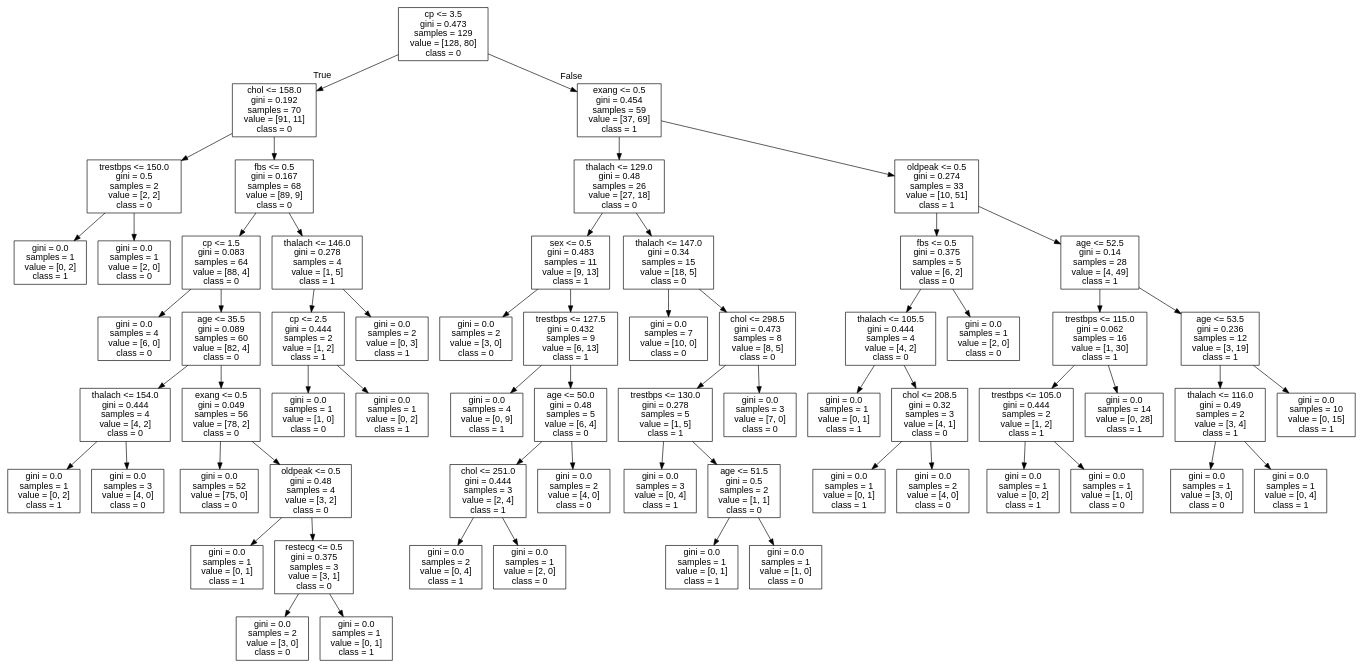
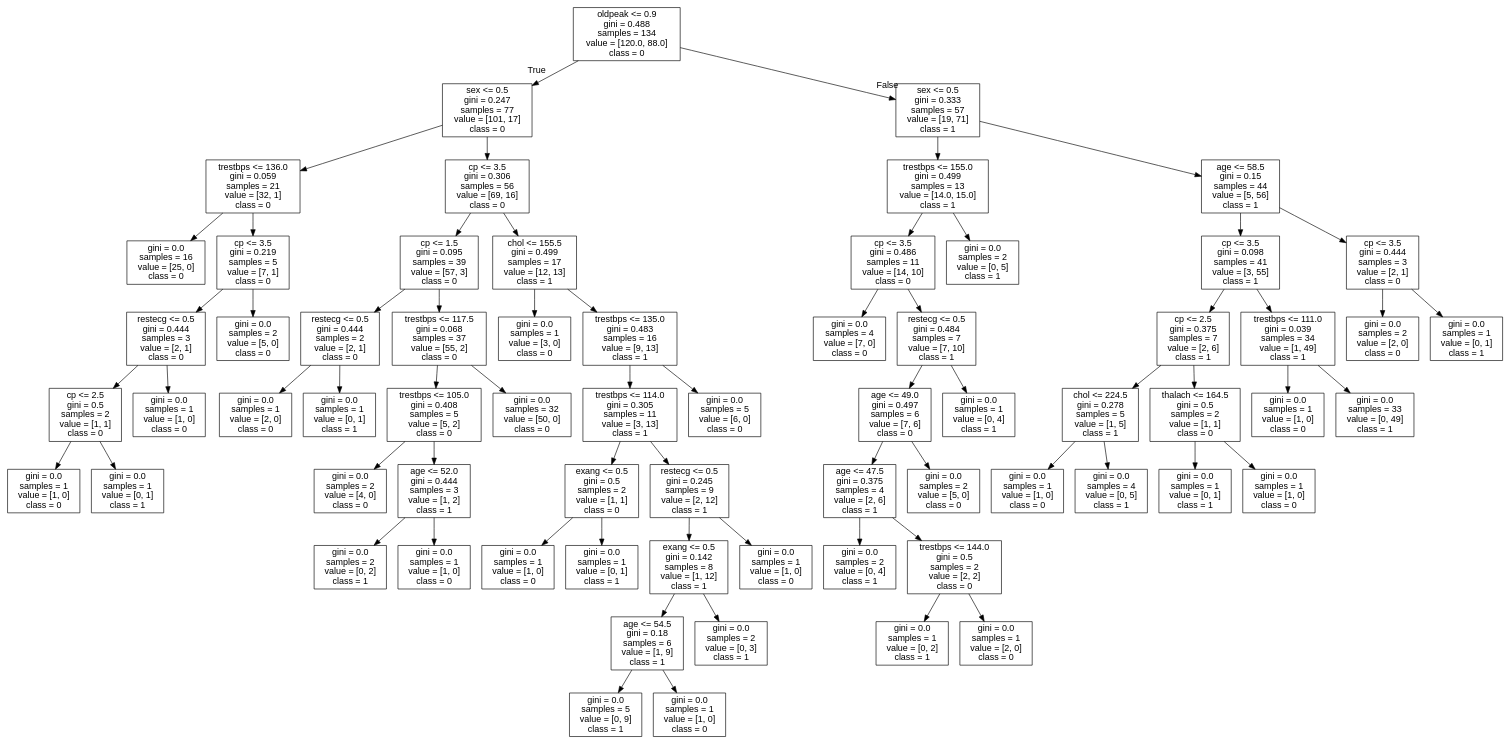
One commit to cyrilvincent/ML changed the diagram in data/heartdisease/tree.dot. Above: the diagram before and after it, drawn with Graphviz. The commit also changed 6 other files, not shown here.

```diff
--- a/data/heartdisease/tree.dot
+++ b/data/heartdisease/tree.dot
@@ -1,129 +1,137 @@
 digraph Tree {
 node [shape=box, fontname="helvetica"] ;
 edge [fontname="helvetica"] ;
-0 [label="cp <= 3.5\ngini = 0.473\nsamples = 129\nvalue = [128, 80]\nclass = 0"] ;
-1 [label="chol <= 158.0\ngini = 0.192\nsamples = 70\nvalue = [91, 11]\nclass = 0"] ;
+0 [label="oldpeak <= 0.9\ngini = 0.488\nsamples = 134\nvalue = [120.0, 88.0]\nclass = 0"] ;
+1 [label="sex <= 0.5\ngini = 0.247\nsamples = 77\nvalue = [101, 17]\nclass = 0"] ;
 0 -> 1 [labeldistance=2.5, labelangle=45, headlabel="True"] ;
-2 [label="trestbps <= 150.0\ngini = 0.5\nsamples = 2\nvalue = [2, 2]\nclass = 0"] ;
+2 [label="trestbps <= 136.0\ngini = 0.059\nsamples = 21\nvalue = [32, 1]\nclass = 0"] ;
 1 -> 2 ;
-3 [label="gini = 0.0\nsamples = 1\nvalue = [0, 2]\nclass = 1"] ;
+3 [label="gini = 0.0\nsamples = 16\nvalue = [25, 0]\nclass = 0"] ;
 2 -> 3 ;
-4 [label="gini = 0.0\nsamples = 1\nvalue = [2, 0]\nclass = 0"] ;
+4 [label="cp <= 3.5\ngini = 0.219\nsamples = 5\nvalue = [7, 1]\nclass = 0"] ;
 2 -> 4 ;
-5 [label="fbs <= 0.5\ngini = 0.167\nsamples = 68\nvalue = [89, 9]\nclass = 0"] ;
-1 -> 5 ;
-6 [label="cp <= 1.5\ngini = 0.083\nsamples = 64\nvalue = [88, 4]\nclass = 0"] ;
+5 [label="restecg <= 0.5\ngini = 0.444\nsamples = 3\nvalue = [2, 1]\nclass = 0"] ;
+4 -> 5 ;
+6 [label="cp <= 2.5\ngini = 0.5\nsamples = 2\nvalue = [1, 1]\nclass = 0"] ;
 5 -> 6 ;
-7 [label="gini = 0.0\nsamples = 4\nvalue = [6, 0]\nclass = 0"] ;
+7 [label="gini = 0.0\nsamples = 1\nvalue = [1, 0]\nclass = 0"] ;
 6 -> 7 ;
-8 [label="age <= 35.5\ngini = 0.089\nsamples = 60\nvalue = [82, 4]\nclass = 0"] ;
+8 [label="gini = 0.0\nsamples = 1\nvalue = [0, 1]\nclass = 1"] ;
 6 -> 8 ;
-9 [label="thalach <= 154.0\ngini = 0.444\nsamples = 4\nvalue = [4, 2]\nclass = 0"] ;
-8 -> 9 ;
-10 [label="gini = 0.0\nsamples = 1\nvalue = [0, 2]\nclass = 1"] ;
-9 -> 10 ;
-11 [label="gini = 0.0\nsamples = 3\nvalue = [4, 0]\nclass = 0"] ;
-9 -> 11 ;
-12 [label="exang <= 0.5\ngini = 0.049\nsamples = 56\nvalue = [78, 2]\nclass = 0"] ;
-8 -> 12 ;
-13 [label="gini = 0.0\nsamples = 52\nvalue = [75, 0]\nclass = 0"] ;
+9 [label="gini = 0.0\nsamples = 1\nvalue = [1, 0]\nclass = 0"] ;
+5 -> 9 ;
+10 [label="gini = 0.0\nsamples = 2\nvalue = [5, 0]\nclass = 0"] ;
+4 -> 10 ;
+11 [label="cp <= 3.5\ngini = 0.306\nsamples = 56\nvalue = [69, 16]\nclass = 0"] ;
+1 -> 11 ;
+12 [label="cp <= 1.5\ngini = 0.095\nsamples = 39\nvalue = [57, 3]\nclass = 0"] ;
+11 -> 12 ;
+13 [label="restecg <= 0.5\ngini = 0.444\nsamples = 2\nvalue = [2, 1]\nclass = 0"] ;
 12 -> 13 ;
-14 [label="oldpeak <= 0.5\ngini = 0.48\nsamples = 4\nvalue = [3, 2]\nclass = 0"] ;
-12 -> 14 ;
+14 [label="gini = 0.0\nsamples = 1\nvalue = [2, 0]\nclass = 0"] ;
+13 -> 14 ;
 15 [label="gini = 0.0\nsamples = 1\nvalue = [0, 1]\nclass = 1"] ;
-14 -> 15 ;
-16 [label="restecg <= 0.5\ngini = 0.375\nsamples = 3\nvalue = [3, 1]\nclass = 0"] ;
-14 -> 16 ;
-17 [label="gini = 0.0\nsamples = 2\nvalue = [3, 0]\nclass = 0"] ;
+13 -> 15 ;
+16 [label="trestbps <= 117.5\ngini = 0.068\nsamples = 37\nvalue = [55, 2]\nclass = 0"] ;
+12 -> 16 ;
+17 [label="trestbps <= 105.0\ngini = 0.408\nsamples = 5\nvalue = [5, 2]\nclass = 0"] ;
 16 -> 17 ;
-18 [label="gini = 0.0\nsamples = 1\nvalue = [0, 1]\nclass = 1"] ;
-16 -> 18 ;
-19 [label="thalach <= 146.0\ngini = 0.278\nsamples = 4\nvalue = [1, 5]\nclass = 1"] ;
-5 -> 19 ;
-20 [label="cp <= 2.5\ngini = 0.444\nsamples = 2\nvalue = [1, 2]\nclass = 1"] ;
+18 [label="gini = 0.0\nsamples = 2\nvalue = [4, 0]\nclass = 0"] ;
+17 -> 18 ;
+19 [label="age <= 52.0\ngini = 0.444\nsamples = 3\nvalue = [1, 2]\nclass = 1"] ;
+17 -> 19 ;
+20 [label="gini = 0.0\nsamples = 2\nvalue = [0, 2]\nclass = 1"] ;
 19 -> 20 ;
 21 [label="gini = 0.0\nsamples = 1\nvalue = [1, 0]\nclass = 0"] ;
-20 -> 21 ;
-22 [label="gini = 0.0\nsamples = 1\nvalue = [0, 2]\nclass = 1"] ;
-20 -> 22 ;
-23 [label="gini = 0.0\nsamples = 2\nvalue = [0, 3]\nclass = 1"] ;
-19 -> 23 ;
-24 [label="exang <= 0.5\ngini = 0.454\nsamples = 59\nvalue = [37, 69]\nclass = 1"] ;
-0 -> 24 [labeldistance=2.5, labelangle=-45, headlabel="False"] ;
-25 [label="thalach <= 129.0\ngini = 0.48\nsamples = 26\nvalue = [27, 18]\nclass = 0"] ;
-24 -> 25 ;
-26 [label="sex <= 0.5\ngini = 0.483\nsamples = 11\nvalue = [9, 13]\nclass = 1"] ;
+19 -> 21 ;
+22 [label="gini = 0.0\nsamples = 32\nvalue = [50, 0]\nclass = 0"] ;
+16 -> 22 ;
+23 [label="chol <= 155.5\ngini = 0.499\nsamples = 17\nvalue = [12, 13]\nclass = 1"] ;
+11 -> 23 ;
+24 [label="gini = 0.0\nsamples = 1\nvalue = [3, 0]\nclass = 0"] ;
+23 -> 24 ;
+25 [label="trestbps <= 135.0\ngini = 0.483\nsamples = 16\nvalue = [9, 13]\nclass = 1"] ;
+23 -> 25 ;
+26 [label="trestbps <= 114.0\ngini = 0.305\nsamples = 11\nvalue = [3, 13]\nclass = 1"] ;
 25 -> 26 ;
-27 [label="gini = 0.0\nsamples = 2\nvalue = [3, 0]\nclass = 0"] ;
+27 [label="exang <= 0.5\ngini = 0.5\nsamples = 2\nvalue = [1, 1]\nclass = 0"] ;
 26 -> 27 ;
-28 [label="trestbps <= 127.5\ngini = 0.432\nsamples = 9\nvalue = [6, 13]\nclass = 1"] ;
-26 -> 28 ;
-29 [label="gini = 0.0\nsamples = 4\nvalue = [0, 9]\nclass = 1"] ;
-28 -> 29 ;
-30 [label="age <= 50.0\ngini = 0.48\nsamples = 5\nvalue = [6, 4]\nclass = 0"] ;
-28 -> 30 ;
-31 [label="chol <= 251.0\ngini = 0.444\nsamples = 3\nvalue = [2, 4]\nclass = 1"] ;
+28 [label="gini = 0.0\nsamples = 1\nvalue = [1, 0]\nclass = 0"] ;
+27 -> 28 ;
+29 [label="gini = 0.0\nsamples = 1\nvalue = [0, 1]\nclass = 1"] ;
+27 -> 29 ;
+30 [label="restecg <= 0.5\ngini = 0.245\nsamples = 9\nvalue = [2, 12]\nclass = 1"] ;
+26 -> 30 ;
+31 [label="exang <= 0.5\ngini = 0.142\nsamples = 8\nvalue = [1, 12]\nclass = 1"] ;
 30 -> 31 ;
-32 [label="gini = 0.0\nsamples = 2\nvalue = [0, 4]\nclass = 1"] ;
+32 [label="age <= 54.5\ngini = 0.18\nsamples = 6\nvalue = [1, 9]\nclass = 1"] ;
 31 -> 32 ;
-33 [label="gini = 0.0\nsamples = 1\nvalue = [2, 0]\nclass = 0"] ;
-31 -> 33 ;
-34 [label="gini = 0.0\nsamples = 2\nvalue = [4, 0]\nclass = 0"] ;
-30 -> 34 ;
-35 [label="thalach <= 147.0\ngini = 0.34\nsamples = 15\nvalue = [18, 5]\nclass = 0"] ;
-25 -> 35 ;
-36 [label="gini = 0.0\nsamples = 7\nvalue = [10, 0]\nclass = 0"] ;
-35 -> 36 ;
-37 [label="chol <= 298.5\ngini = 0.473\nsamples = 8\nvalue = [8, 5]\nclass = 0"] ;
-35 -> 37 ;
-38 [label="trestbps <= 130.0\ngini = 0.278\nsamples = 5\nvalue = [1, 5]\nclass = 1"] ;
-37 -> 38 ;
-39 [label="gini = 0.0\nsamples = 3\nvalue = [0, 4]\nclass = 1"] ;
+33 [label="gini = 0.0\nsamples = 5\nvalue = [0, 9]\nclass = 1"] ;
+32 -> 33 ;
+34 [label="gini = 0.0\nsamples = 1\nvalue = [1, 0]\nclass = 0"] ;
+32 -> 34 ;
+35 [label="gini = 0.0\nsamples = 2\nvalue = [0, 3]\nclass = 1"] ;
+31 -> 35 ;
+36 [label="gini = 0.0\nsamples = 1\nvalue = [1, 0]\nclass = 0"] ;
+30 -> 36 ;
+37 [label="gini = 0.0\nsamples = 5\nvalue = [6, 0]\nclass = 0"] ;
+25 -> 37 ;
+38 [label="sex <= 0.5\ngini = 0.333\nsamples = 57\nvalue = [19, 71]\nclass = 1"] ;
+0 -> 38 [labeldistance=2.5, labelangle=-45, headlabel="False"] ;
+39 [label="trestbps <= 155.0\ngini = 0.499\nsamples = 13\nvalue = [14.0, 15.0]\nclass = 1"] ;
 38 -> 39 ;
-40 [label="age <= 51.5\ngini = 0.5\nsamples = 2\nvalue = [1, 1]\nclass = 0"] ;
-38 -> 40 ;
-41 [label="gini = 0.0\nsamples = 1\nvalue = [0, 1]\nclass = 1"] ;
+40 [label="cp <= 3.5\ngini = 0.486\nsamples = 11\nvalue = [14, 10]\nclass = 0"] ;
+39 -> 40 ;
+41 [label="gini = 0.0\nsamples = 4\nvalue = [7, 0]\nclass = 0"] ;
 40 -> 41 ;
-42 [label="gini = 0.0\nsamples = 1\nvalue = [1, 0]\nclass = 0"] ;
+42 [label="restecg <= 0.5\ngini = 0.484\nsamples = 7\nvalue = [7, 10]\nclass = 1"] ;
 40 -> 42 ;
-43 [label="gini = 0.0\nsamples = 3\nvalue = [7, 0]\nclass = 0"] ;
-37 -> 43 ;
-44 [label="oldpeak <= 0.5\ngini = 0.274\nsamples = 33\nvalue = [10, 51]\nclass = 1"] ;
-24 -> 44 ;
-45 [label="fbs <= 0.5\ngini = 0.375\nsamples = 5\nvalue = [6, 2]\nclass = 0"] ;
+43 [label="age <= 49.0\ngini = 0.497\nsamples = 6\nvalue = [7, 6]\nclass = 0"] ;
+42 -> 43 ;
+44 [label="age <= 47.5\ngini = 0.375\nsamples = 4\nvalue = [2, 6]\nclass = 1"] ;
+43 -> 44 ;
+45 [label="gini = 0.0\nsamples = 2\nvalue = [0, 4]\nclass = 1"] ;
 44 -> 45 ;
-46 [label="thalach <= 105.5\ngini = 0.444\nsamples = 4\nvalue = [4, 2]\nclass = 0"] ;
-45 -> 46 ;
-47 [label="gini = 0.0\nsamples = 1\nvalue = [0, 1]\nclass = 1"] ;
+46 [label="trestbps <= 144.0\ngini = 0.5\nsamples = 2\nvalue = [2, 2]\nclass = 0"] ;
+44 -> 46 ;
+47 [label="gini = 0.0\nsamples = 1\nvalue = [0, 2]\nclass = 1"] ;
 46 -> 47 ;
-48 [label="chol <= 208.5\ngini = 0.32\nsamples = 3\nvalue = [4, 1]\nclass = 0"] ;
+48 [label="gini = 0.0\nsamples = 1\nvalue = [2, 0]\nclass = 0"] ;
 46 -> 48 ;
-49 [label="gini = 0.0\nsamples = 1\nvalue = [0, 1]\nclass = 1"] ;
-48 -> 49 ;
-50 [label="gini = 0.0\nsamples = 2\nvalue = [4, 0]\nclass = 0"] ;
-48 -> 50 ;
-51 [label="gini = 0.0\nsamples = 1\nvalue = [2, 0]\nclass = 0"] ;
-45 -> 51 ;
-52 [label="age <= 52.5\ngini = 0.14\nsamples = 28\nvalue = [4, 49]\nclass = 1"] ;
-44 -> 52 ;
-53 [label="trestbps <= 115.0\ngini = 0.062\nsamples = 16\nvalue = [1, 30]\nclass = 1"] ;
+49 [label="gini = 0.0\nsamples = 2\nvalue = [5, 0]\nclass = 0"] ;
+43 -> 49 ;
+50 [label="gini = 0.0\nsamples = 1\nvalue = [0, 4]\nclass = 1"] ;
+42 -> 50 ;
+51 [label="gini = 0.0\nsamples = 2\nvalue = [0, 5]\nclass = 1"] ;
+39 -> 51 ;
+52 [label="age <= 58.5\ngini = 0.15\nsamples = 44\nvalue = [5, 56]\nclass = 1"] ;
+38 -> 52 ;
+53 [label="cp <= 3.5\ngini = 0.098\nsamples = 41\nvalue = [3, 55]\nclass = 1"] ;
 52 -> 53 ;
-54 [label="trestbps <= 105.0\ngini = 0.444\nsamples = 2\nvalue = [1, 2]\nclass = 1"] ;
+54 [label="cp <= 2.5\ngini = 0.375\nsamples = 7\nvalue = [2, 6]\nclass = 1"] ;
 53 -> 54 ;
-55 [label="gini = 0.0\nsamples = 1\nvalue = [0, 2]\nclass = 1"] ;
+55 [label="chol <= 224.5\ngini = 0.278\nsamples = 5\nvalue = [1, 5]\nclass = 1"] ;
 54 -> 55 ;
 56 [label="gini = 0.0\nsamples = 1\nvalue = [1, 0]\nclass = 0"] ;
-54 -> 56 ;
-57 [label="gini = 0.0\nsamples = 14\nvalue = [0, 28]\nclass = 1"] ;
-53 -> 57 ;
-58 [label="age <= 53.5\ngini = 0.236\nsamples = 12\nvalue = [3, 19]\nclass = 1"] ;
-52 -> 58 ;
-59 [label="thalach <= 116.0\ngini = 0.49\nsamples = 2\nvalue = [3, 4]\nclass = 1"] ;
+55 -> 56 ;
+57 [label="gini = 0.0\nsamples = 4\nvalue = [0, 5]\nclass = 1"] ;
+55 -> 57 ;
+58 [label="thalach <= 164.5\ngini = 0.5\nsamples = 2\nvalue = [1, 1]\nclass = 0"] ;
+54 -> 58 ;
+59 [label="gini = 0.0\nsamples = 1\nvalue = [0, 1]\nclass = 1"] ;
 58 -> 59 ;
-60 [label="gini = 0.0\nsamples = 1\nvalue = [3, 0]\nclass = 0"] ;
-59 -> 60 ;
-61 [label="gini = 0.0\nsamples = 1\nvalue = [0, 4]\nclass = 1"] ;
-59 -> 61 ;
-62 [label="gini = 0.0\nsamples = 10\nvalue = [0, 15]\nclass = 1"] ;
-58 -> 62 ;
+60 [label="gini = 0.0\nsamples = 1\nvalue = [1, 0]\nclass = 0"] ;
+58 -> 60 ;
+61 [label="trestbps <= 111.0\ngini = 0.039\nsamples = 34\nvalue = [1, 49]\nclass = 1"] ;
+53 -> 61 ;
+62 [label="gini = 0.0\nsamples = 1\nvalue = [1, 0]\nclass = 0"] ;
+61 -> 62 ;
+63 [label="gini = 0.0\nsamples = 33\nvalue = [0, 49]\nclass = 1"] ;
+61 -> 63 ;
+64 [label="cp <= 3.5\ngini = 0.444\nsamples = 3\nvalue = [2, 1]\nclass = 0"] ;
+52 -> 64 ;
+65 [label="gini = 0.0\nsamples = 2\nvalue = [2, 0]\nclass = 0"] ;
+64 -> 65 ;
+66 [label="gini = 0.0\nsamples = 1\nvalue = [0, 1]\nclass = 1"] ;
+64 -> 66 ;
 }
```
